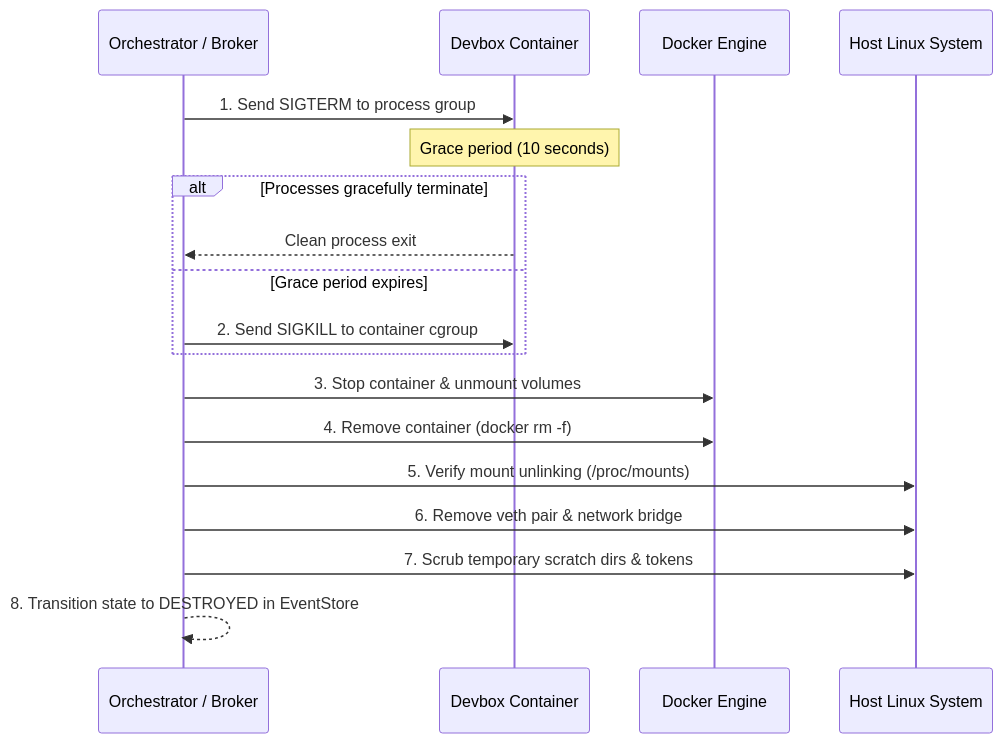
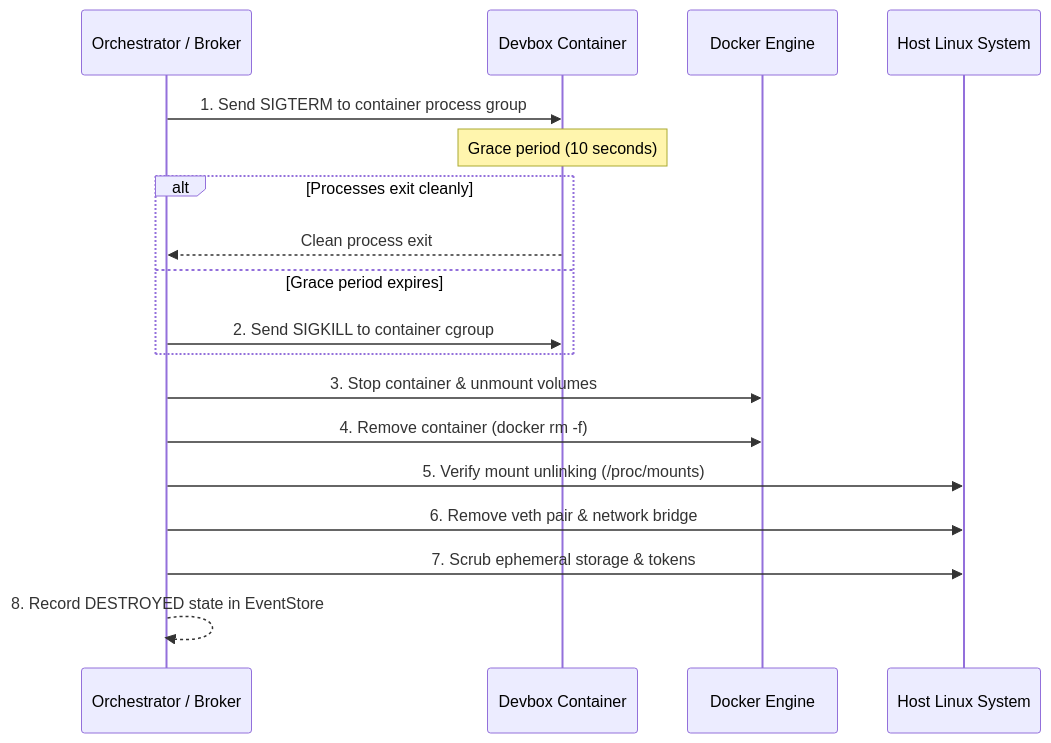
One commit to coderxp1/coderxp changed the second of 4 diagrams in docs/design/autonomous-workspace-v1.md. Above: the diagram before and after it, drawn with Mermaid. The commit also changed other lines of this file and 1 other file, not shown here.

````diff
--- a/docs/design/autonomous-workspace-v1.md
+++ b/docs/design/autonomous-workspace-v1.md
@@ -115,21 +114,21 @@
 ```mermaid
 sequenceDiagram
     participant Orch as Orchestrator / Broker
     participant Cont as Devbox Container
     participant Dock as Docker Engine
     participant Host as Host Linux System
 
-    Orch->>Cont: 1. Send SIGTERM to process group
+    Orch->>Cont: 1. Send SIGTERM to container process group
     Note over Cont: Grace period (10 seconds)
-    alt Processes gracefully terminate
+    alt Processes exit cleanly
         Cont-->>Orch: Clean process exit
     else Grace period expires
         Orch->>Cont: 2. Send SIGKILL to container cgroup
     end
     Orch->>Dock: 3. Stop container & unmount volumes
     Orch->>Dock: 4. Remove container (docker rm -f)
     Orch->>Host: 5. Verify mount unlinking (/proc/mounts)
     Orch->>Host: 6. Remove veth pair & network bridge
-    Orch->>Host: 7. Scrub temporary scratch dirs & tokens
-    Orch-->>Orch: 8. Transition state to DESTROYED in EventStore
+    Orch->>Host: 7. Scrub ephemeral storage & tokens
+    Orch-->>Orch: 8. Record DESTROYED state in EventStore
 ```
````
